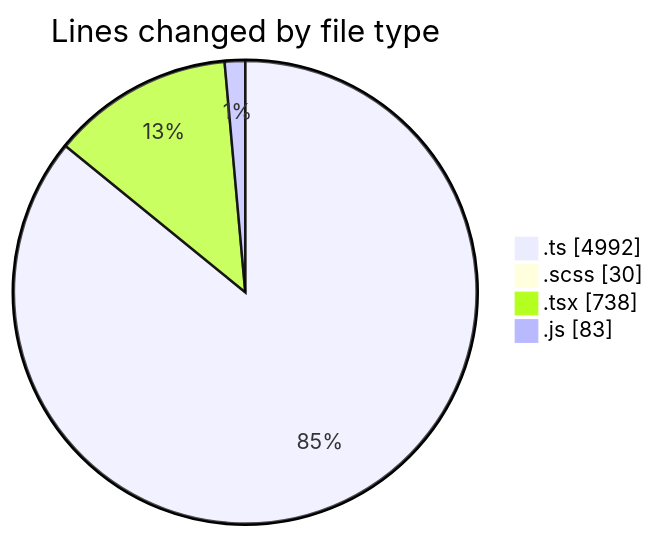
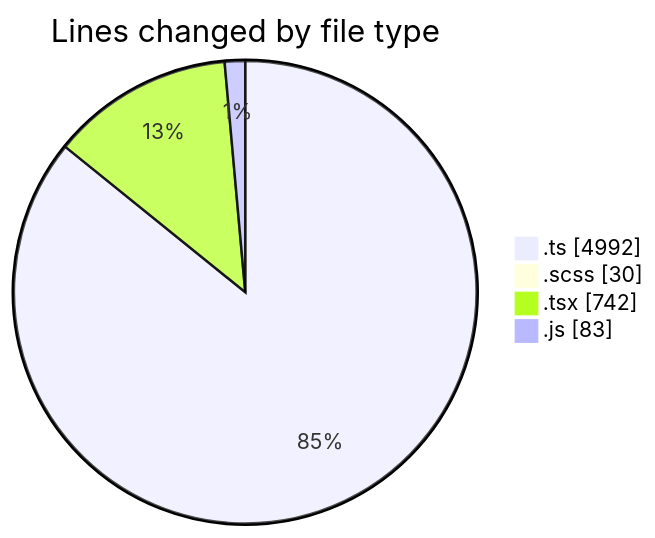
Before and after one commit to momahboobian/code-tracking: the first of 2 diagrams in 2025-09-12/cda/README.md, drawn with Mermaid. The commit also changed other lines of this file and 1 other file, not shown here.

````diff
--- a/2025-09-12/cda/README.md
+++ b/2025-09-12/cda/README.md
@@ -30,8 +30,8 @@
 ```mermaid
 pie showData
 title Lines changed by file type
 ".ts" : 4992
 ".scss" : 30
-".tsx" : 738
+".tsx" : 742
 ".js" : 83
 ```
````
